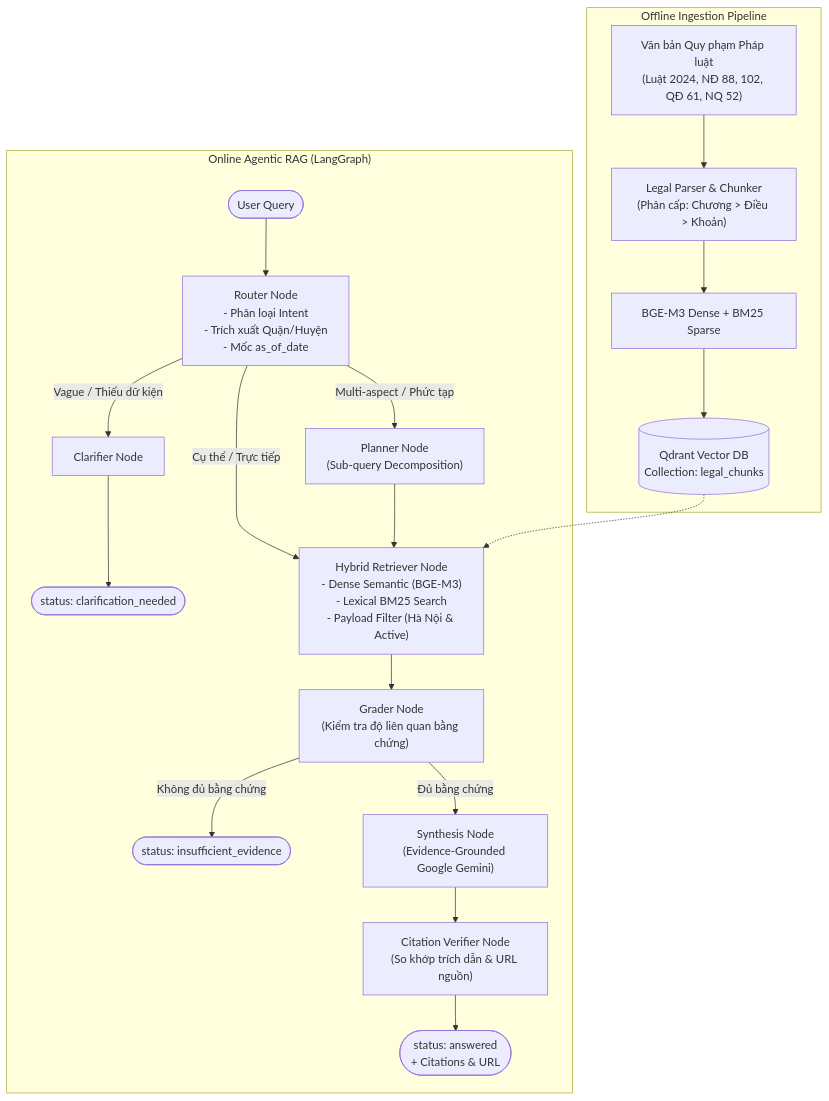
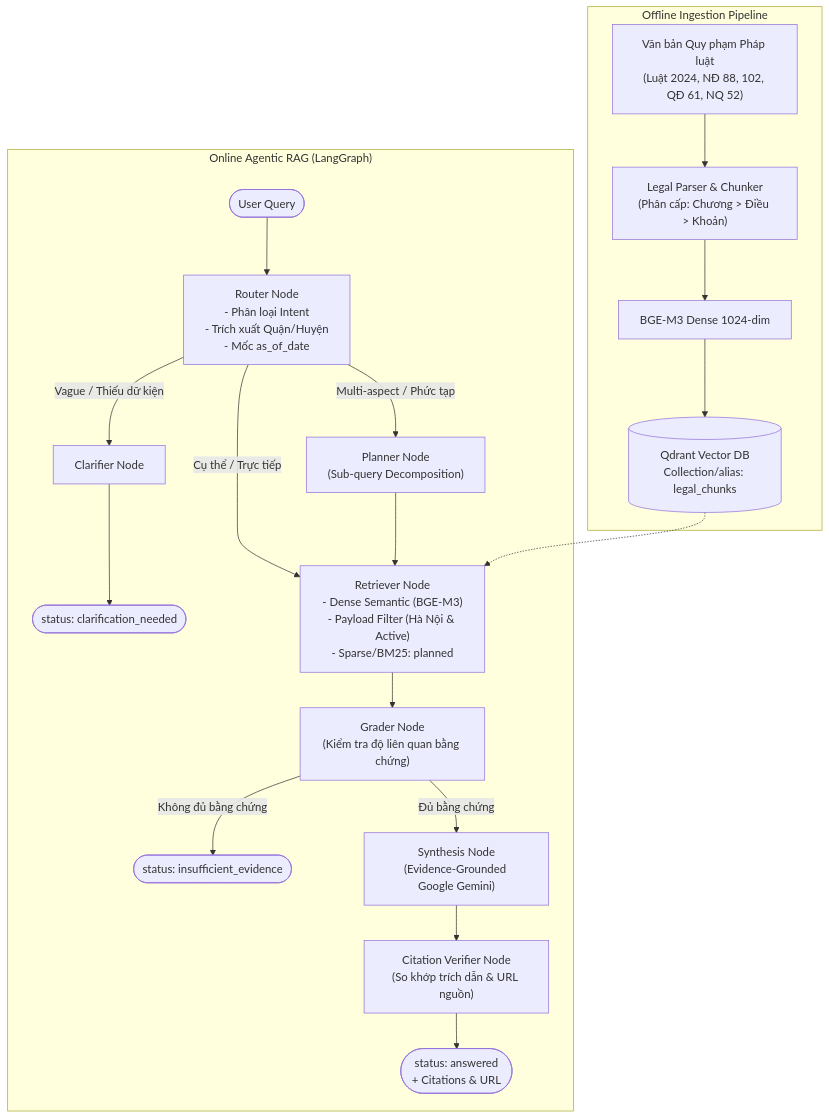
The first of 2 diagrams in README.md (dovh25/agentic-rag-legal-qa-hanoi), drawn with Mermaid before and after one commit. The commit also changed other lines of this file and 15 other files, not shown here.

````diff
--- a/README.md
+++ b/README.md
@@ -66,27 +74,27 @@
 ```mermaid
 flowchart TD
     subgraph INGESTION["Offline Ingestion Pipeline"]
         DOCS["Văn bản Quy phạm Pháp luật\n(Luật 2024, NĐ 88, 102, QĐ 61, NQ 52)"] --> PARSE["Legal Parser & Chunker\n(Phân cấp: Chương > Điều > Khoản)"]
-        PARSE --> EMBED["BGE-M3 Dense + BM25 Sparse"]
-        EMBED --> QDRANT[("Qdrant Vector DB\nCollection: legal_chunks")]
+        PARSE --> EMBED["BGE-M3 Dense 1024-dim"]
+        EMBED --> QDRANT[("Qdrant Vector DB\nCollection/alias: legal_chunks")]
     end
 
     subgraph AGENT["Online Agentic RAG (LangGraph)"]
         START([User Query]) --> ROUTER["Router Node\n- Phân loại Intent\n- Trích xuất Quận/Huyện\n- Mốc as_of_date"]
         
         ROUTER -- "Vague / Thiếu dữ kiện" --> CLARIFY["Clarifier Node"] --> RESP_CLARIFY(["status: clarification_needed"])
         ROUTER -- "Multi-aspect / Phức tạp" --> PLANNER["Planner Node\n(Sub-query Decomposition)"]
-        ROUTER -- "Cụ thể / Trực tiếp" --> RETRIEVER["Hybrid Retriever Node\n- Dense Semantic (BGE-M3)\n- Lexical BM25 Search\n- Payload Filter (Hà Nội & Active)"]
+        ROUTER -- "Cụ thể / Trực tiếp" --> RETRIEVER["Retriever Node\n- Dense Semantic (BGE-M3)\n- Payload Filter (Hà Nội & Active)\n- Sparse/BM25: planned"]
         
         PLANNER --> RETRIEVER
         QDRANT -.-> RETRIEVER
         
         RETRIEVER --> GRADER["Grader Node\n(Kiểm tra độ liên quan bằng chứng)"]
         
         GRADER -- "Không đủ bằng chứng" --> ABSTAIN(["status: insufficient_evidence"])
         GRADER -- "Đủ bằng chứng" --> SYNTHESIS["Synthesis Node\n(Evidence-Grounded Google Gemini)"]
         
         SYNTHESIS --> VERIFY["Citation Verifier Node\n(So khớp trích dẫn & URL nguồn)"]
         VERIFY --> ANSWER(["status: answered\n+ Citations & URL"])
     end
 ```
````
